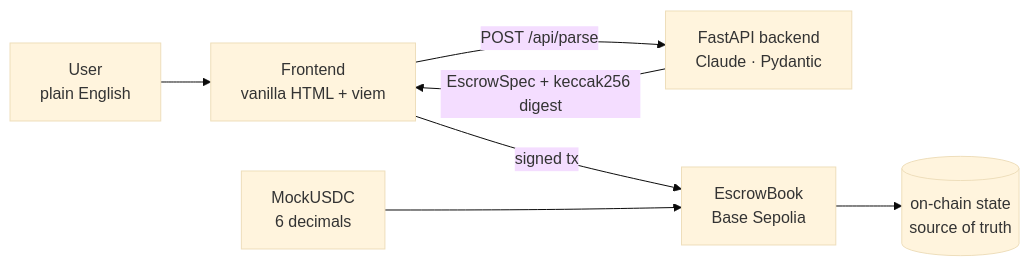
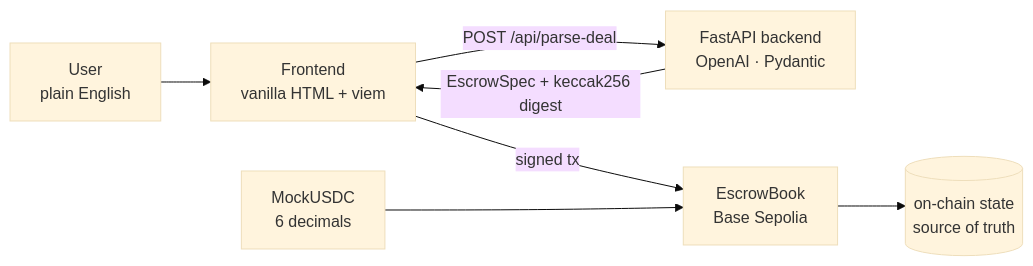
One commit to lalalastella/Intent2Escrow changed the diagram in README.md. Above: the diagram before and after it, drawn with Mermaid (base theme). The commit also changed other lines of this file, not shown here.

Commit message:
Add explicit Web3 component section, fix backend requirements path

````diff
--- a/README.md
+++ b/README.md
@@ -43,9 +90,9 @@
 ```mermaid
 flowchart LR
-  U[User\nplain English] --> F[Frontend\nvanilla HTML + viem]
-  F -->|POST /api/parse| B[FastAPI backend\nClaude · Pydantic]
+  U[User<br/>plain English] --> F[Frontend<br/>vanilla HTML + viem]
+  F -->|POST /api/parse-deal| B[FastAPI backend<br/>OpenAI · Pydantic]
   B -->|EscrowSpec + keccak256 digest| F
-  F -->|signed tx| C[EscrowBook\nBase Sepolia]
-  M[MockUSDC\n6 decimals] --> C
-  C --> S[(on-chain state\nsource of truth)]
+  F -->|signed tx| C[EscrowBook<br/>Base Sepolia]
+  M[MockUSDC<br/>6 decimals] --> C
+  C --> S[(on-chain state<br/>source of truth)]
 ```
````
